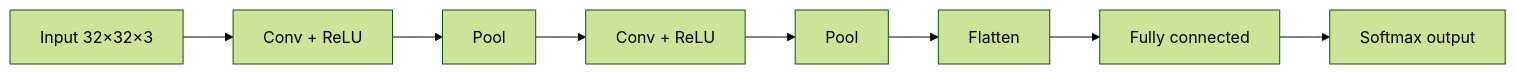
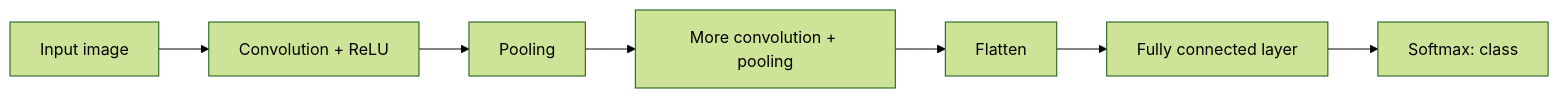
Before and after one commit to TrendySloth1001/sem-seven-notes: the diagram in content/deep-learning/pyq/2023-12/q3a.hi.mdx, drawn with Mermaid (forest theme). The commit also changed other lines of this file and 186 other files, not shown here.

````diff
--- a/content/deep-learning/pyq/2023-12/q3a.hi.mdx
+++ b/content/deep-learning/pyq/2023-12/q3a.hi.mdx
@@ -18,11 +13,10 @@
 ```mermaid
-%% caption: CNN architecture. Convolution, ReLU aur pooling features nikaalte hain; flatten, fully connected aur softmax classify karte hain.
+%% caption: CNN ka architecture. Left part features nikalta hai, right part classify karta hai.
 flowchart LR
-  A["Input 32×32×3"] --> B["Conv + ReLU"]
-  B --> C["Pool"]
-  C --> D["Conv + ReLU"]
-  D --> E["Pool"]
-  E --> F["Flatten"]
-  F --> G["Fully connected"]
-  G --> H["Softmax output"]
+  A["Input image"] --> B["Convolution + ReLU"]
+  B --> C["Pooling"]
+  C --> D["More convolution + pooling"]
+  D --> E["Flatten"]
+  E --> F["Fully connected layer"]
+  F --> G["Softmax: class"]
 ```
````
